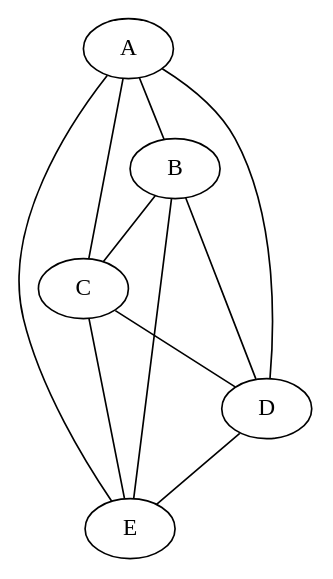
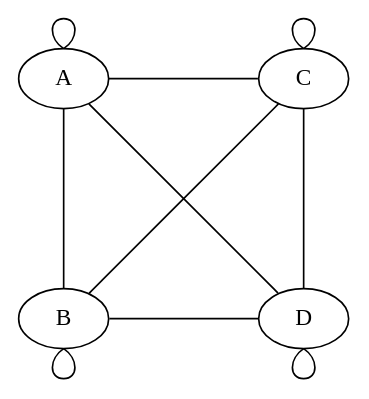
The diagram in q2_16_grafo_pleno.dot (davigledson/graph_studies), drawn with Graphviz before and after one commit. The commit also changed 27 other files, not shown here.

```diff
--- a/q2_16_grafo_pleno.dot
+++ b/q2_16_grafo_pleno.dot
@@ -1,13 +1,26 @@
+
+
 graph G {
+    layout=neato
+    
 
-A -- B
-A -- C
-A -- D
-A -- E
-B -- C
-B -- D
-B -- E
-C -- D
-C -- E
-D -- E
+    A [pos="0,2!"]
+    B [pos="0,0!"]
+    C [pos="2,2!"]
+    D [pos="2,0!"]
+
+    // Laços em cima
+    A -- A [headport=n, tailport=n]
+    C -- C [headport=n, tailport=n]
+
+    // Laços embaixo
+    B -- B [headport=s, tailport=s]
+    D -- D [headport=s, tailport=s]
+
+    A -- B
+    C -- B
+    A -- D
+    A -- C
+    C -- D
+    D -- B
 }
```
